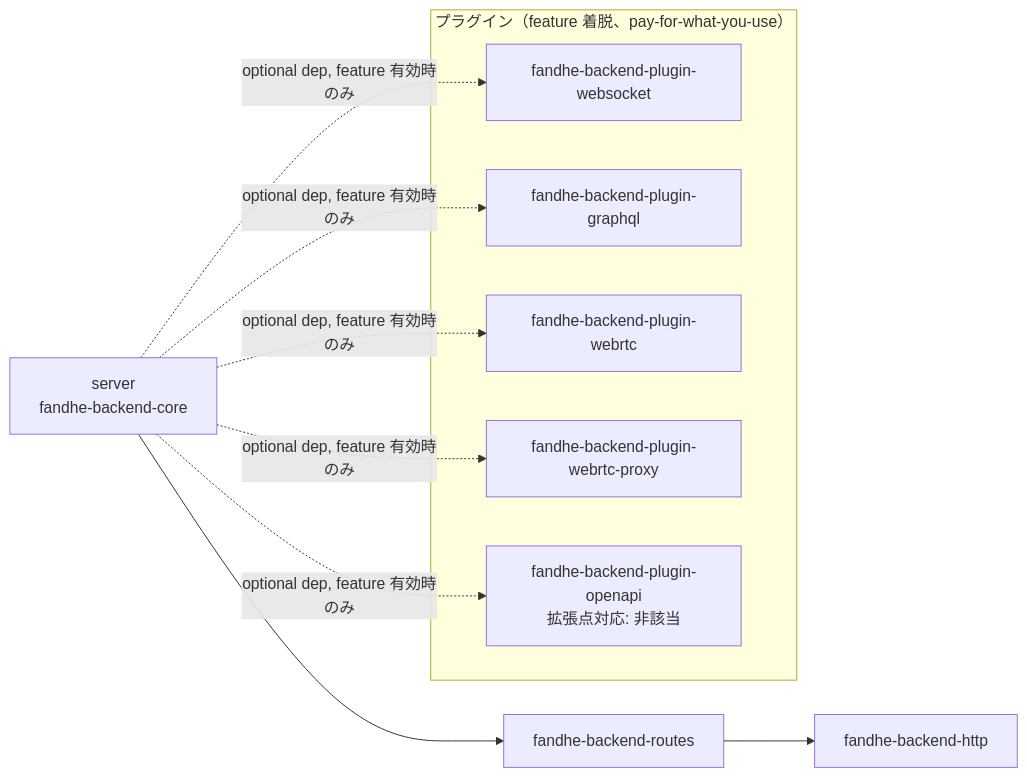
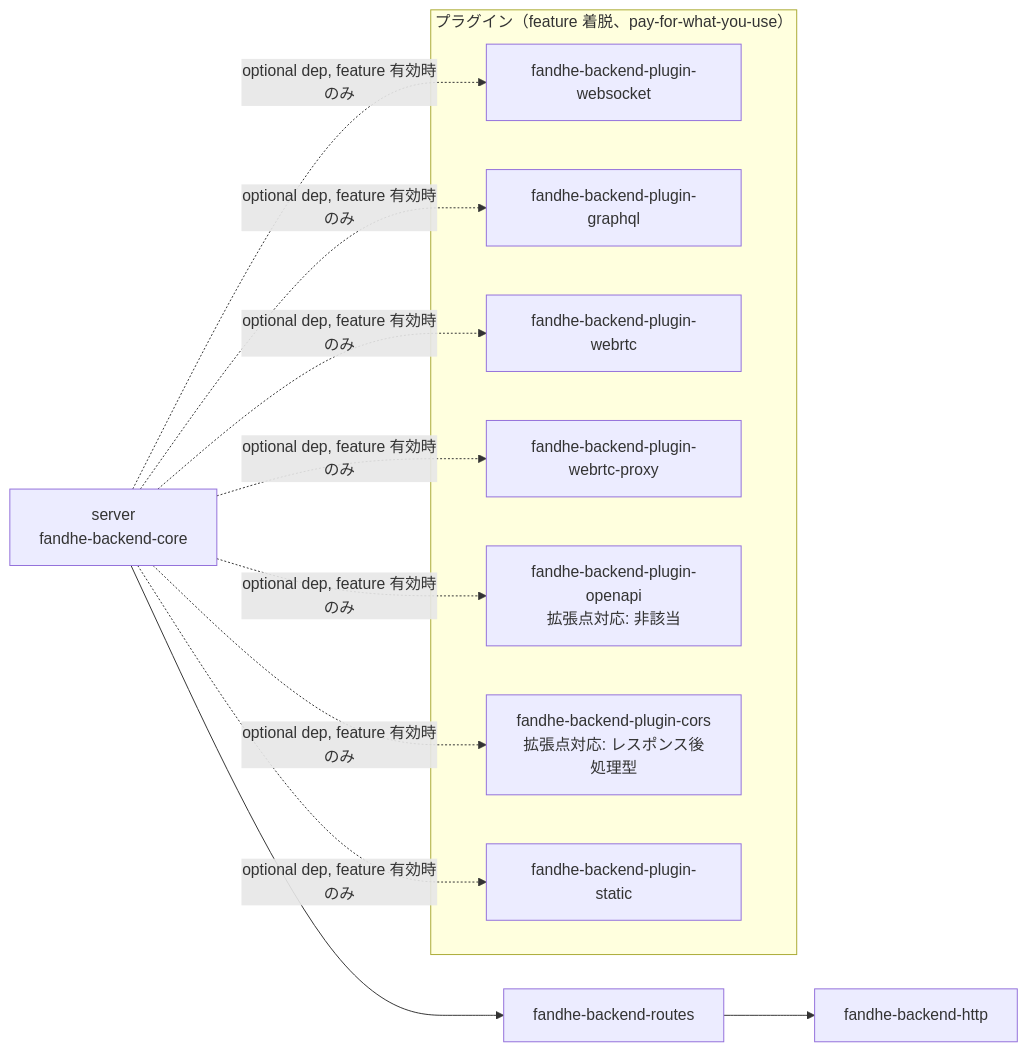
Before and after one commit to Fandhe-AI/fandhe-backend: the diagram in docs/design/dependency-graph-contract.md, drawn with Mermaid. The commit also changed other lines of this file and 16 other files, not shown here.

First line of the commit message:
feat(plugin-static): 静的ファイル配信プラグイン（feature 着脱）を実装する

````diff
--- a/docs/design/dependency-graph-contract.md
+++ b/docs/design/dependency-graph-contract.md
@@ -29,19 +29,23 @@
 ```mermaid
 graph LR
     server[server<br/>fandhe-backend-core] --> routes[fandhe-backend-routes]
     routes --> http[fandhe-backend-http]
 
     server -.->|optional dep, feature 有効時のみ| ws[fandhe-backend-plugin-websocket]
     server -.->|optional dep, feature 有効時のみ| gql[fandhe-backend-plugin-graphql]
     server -.->|optional dep, feature 有効時のみ| rtc[fandhe-backend-plugin-webrtc]
     server -.->|optional dep, feature 有効時のみ| rtcproxy[fandhe-backend-plugin-webrtc-proxy]
     server -.->|optional dep, feature 有効時のみ| openapi[fandhe-backend-plugin-openapi<br/>拡張点対応: 非該当]
+    server -.->|optional dep, feature 有効時のみ| cors[fandhe-backend-plugin-cors<br/>拡張点対応: レスポンス後処理型]
+    server -.->|optional dep, feature 有効時のみ| static_files[fandhe-backend-plugin-static]
 
     subgraph "プラグイン（feature 着脱、pay-for-what-you-use）"
         ws
         gql
         rtc
         rtcproxy
         openapi
+        cors
+        static_files
     end
 ```
````
